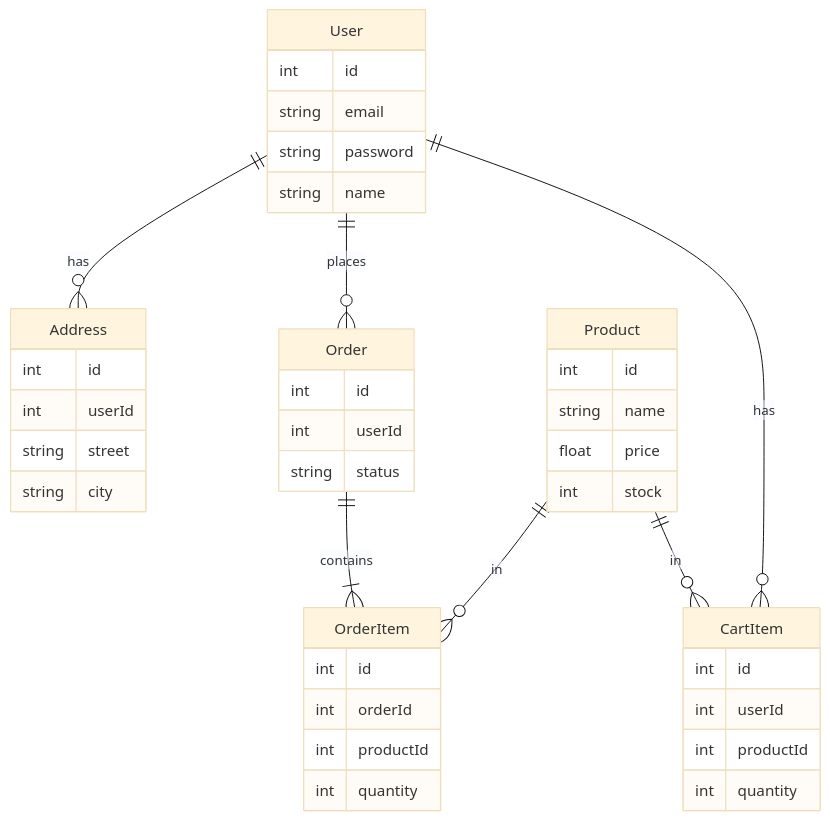
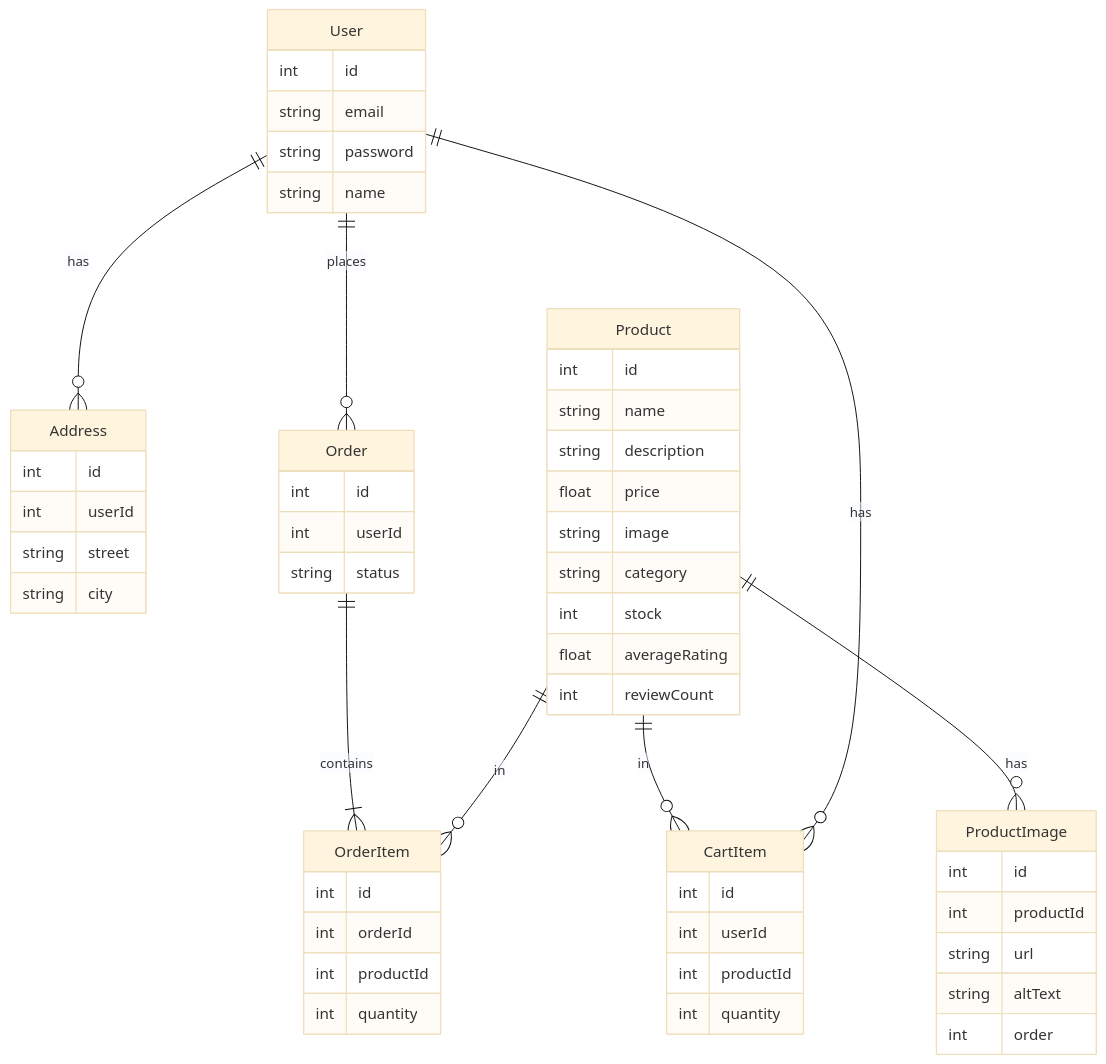
The third of 5 diagrams in PROJECT_OVERVIEW.md (ppconrado/modern-e-commerce), drawn with Mermaid (base theme) before and after one commit. The commit also changed other lines of this file, not shown here.

Commit message:
fix(docs): enhance project overview with detailed flowchart and product model updates

````diff
--- a/PROJECT_OVERVIEW.md
+++ b/PROJECT_OVERVIEW.md
@@ -119,44 +153,57 @@
 ```mermaid
 erDiagram
   User {
     int id
     string email
     string password
     string name
   }
   Address {
     int id
     int userId
     string street
     string city
   }
   Product {
     int id
     string name
+    string description
     float price
+    string image
+    string category
     int stock
+    float averageRating
+    int reviewCount
+  }
+  ProductImage {
+    int id
+    int productId
+    string url
+    string altText
+    int order
   }
   Order {
     int id
     int userId
     string status
   }
   OrderItem {
     int id
     int orderId
     int productId
     int quantity
   }
   CartItem {
     int id
     int userId
     int productId
     int quantity
   }
   User ||--o{ Order : places
   User ||--o{ Address : has
   Order ||--|{ OrderItem : contains
   Product ||--o{ OrderItem : in
   Product ||--o{ CartItem : in
   User ||--o{ CartItem : has
+  Product ||--o{ ProductImage : has
 ```
````
